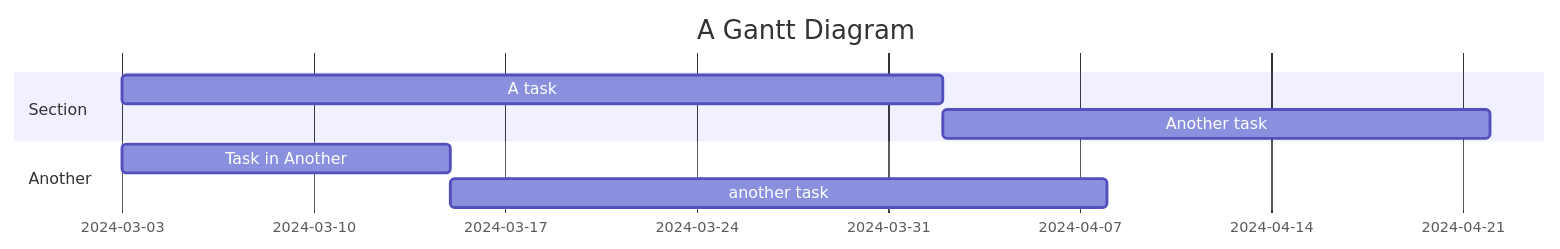
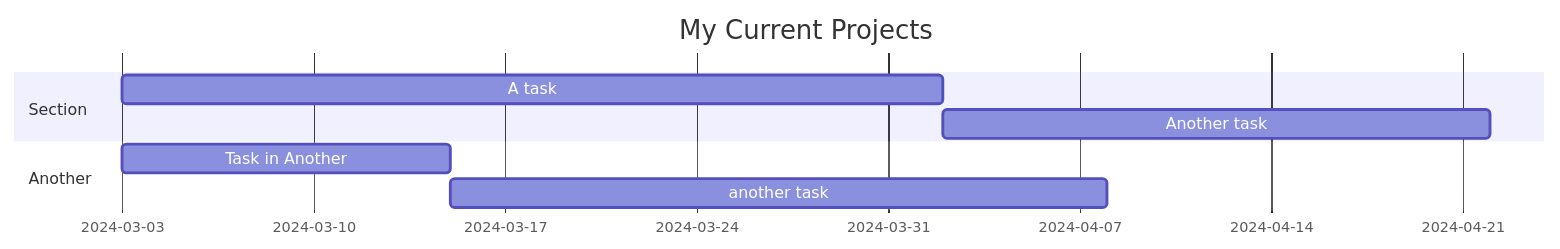
One commit to jahunlee/jahunlee.github.io changed the diagram in research.qmd. Above: the diagram before and after it, drawn with Mermaid. The commit also changed other lines of this file and 4 other files, not shown here.

````diff
--- a/research.qmd
+++ b/research.qmd
@@ -9,12 +9,12 @@
 ```{mermaid}
 gantt
-    title A Gantt Diagram
+    title My Current Projects
     dateFormat MM-DD-YYYY
     section Section
         A task          :a1, 03-03-2024, 30d
         Another task    :after a1, 20d
     section Another
         Task in Another :03-03-2024, 12d
         another task    :24d
 
 ```
````
